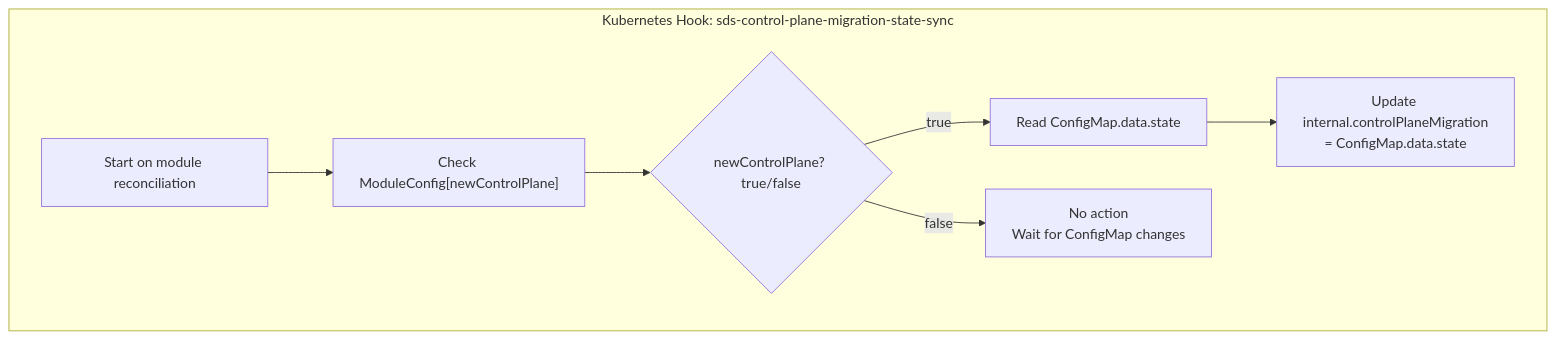
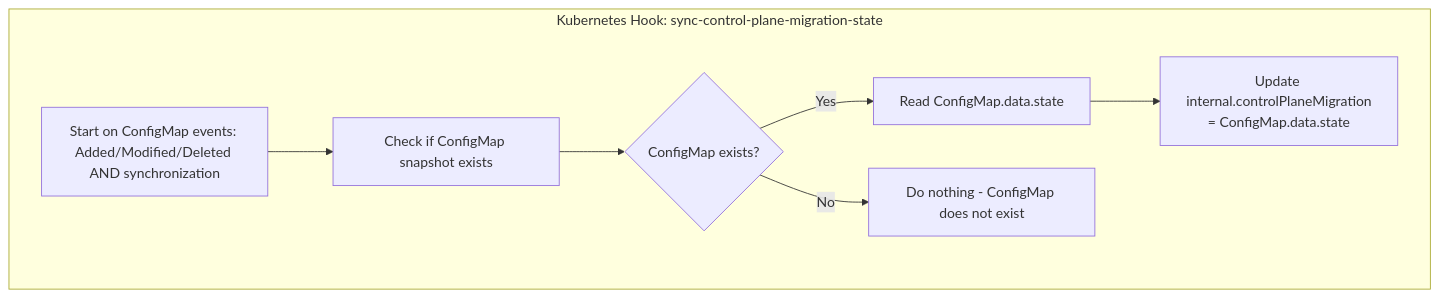
The third of 3 diagrams in docs/dev/CONTROL_PLANE_MIGRATION.md (deckhouse/sds-replicated-volume), drawn with Mermaid before and after one commit. The commit also changed other lines of this file and 22 other files, not shown here.

First line of the commit message:
[hooks] Add control-plane migration state sync

````diff
--- a/docs/dev/CONTROL_PLANE_MIGRATION.md
+++ b/docs/dev/CONTROL_PLANE_MIGRATION.md
@@ -44,15 +52,15 @@
 ```mermaid
 flowchart TB
-    subgraph "Kubernetes Hook: sds-control-plane-migration-state-sync"
-        start[Start on module reconciliation]
-        check_new_cp["Check ModuleConfig[newControlPlane]"]
-        decision1{"newControlPlane? true/false"}
+    subgraph "Kubernetes Hook: sync-control-plane-migration-state"
+        start["Start on ConfigMap events: Added/Modified/Deleted AND synchronization"]
+        has_snapshot["Check if ConfigMap snapshot exists"]
+        decision1{"ConfigMap exists?"}
         read_state["Read ConfigMap.data.state"]
         update_internal["Update internal.controlPlaneMigration\n= ConfigMap.data.state"]
-        no_action["No action\nWait for ConfigMap changes"]
+        do_nothing["Do nothing - ConfigMap does not exist"]
         
-        start --> check_new_cp --> decision1
-        decision1 -->|true| read_state --> update_internal
-        decision1 -->|false| no_action
+        start --> has_snapshot --> decision1
+        decision1 -->|Yes| read_state --> update_internal
+        decision1 -->|No| do_nothing
     end
 ```
````
